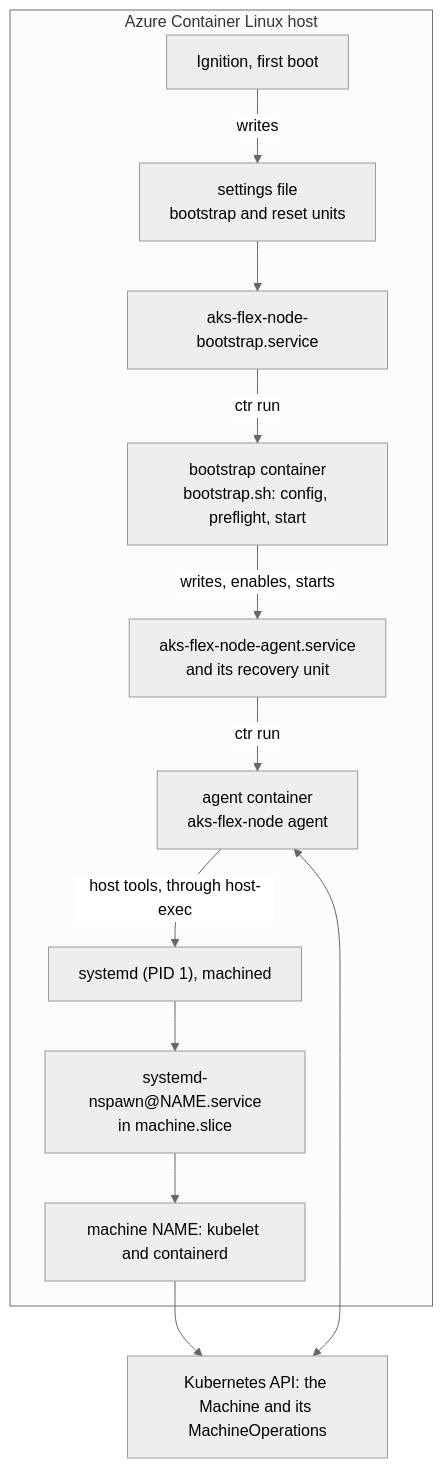
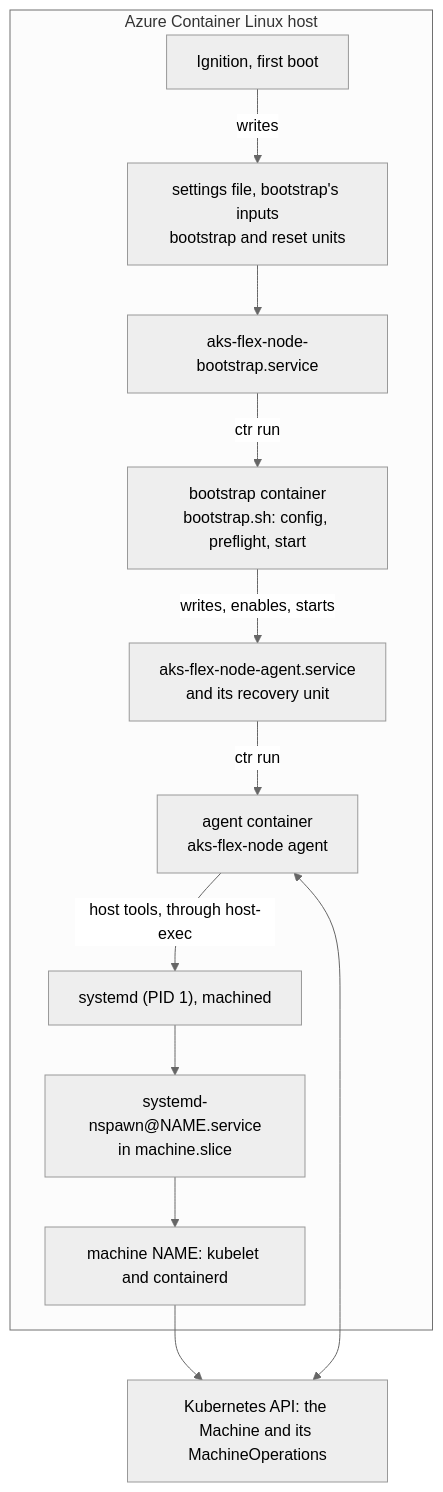
The diagram in hack/acl-container/DESIGN.md (Azure/AKSFlexNode), drawn with Mermaid (neutral theme) before and after one commit. The commit also changed other lines of this file and 5 other files, not shown here.

````diff
--- a/hack/acl-container/DESIGN.md
+++ b/hack/acl-container/DESIGN.md
@@ -81,15 +82,15 @@
 ```mermaid
 flowchart TB
     subgraph host["Azure Container Linux host"]
-        ign["Ignition, first boot"] -->|writes| install["settings file<br/>bootstrap and reset units"]
+        ign["Ignition, first boot"] -->|writes| install["settings file, bootstrap's inputs<br/>bootstrap and reset units"]
         install --> bunit["aks-flex-node-bootstrap.service"]
         bunit -->|ctr run| boot["bootstrap container<br/>bootstrap.sh: config, preflight, start"]
         boot -->|writes, enables, starts| aunit["aks-flex-node-agent.service<br/>and its recovery unit"]
         aunit -->|ctr run| agent["agent container<br/>aks-flex-node agent"]
         agent -->|"host tools, through host-exec"| pid1["systemd (PID 1), machined"]
         pid1 --> nspawn["systemd-nspawn@NAME.service<br/>in machine.slice"]
         nspawn --> machine["machine NAME: kubelet and containerd"]
     end
     api["Kubernetes API: the Machine and its MachineOperations"] <--> agent
     machine --> api
 ```
````
